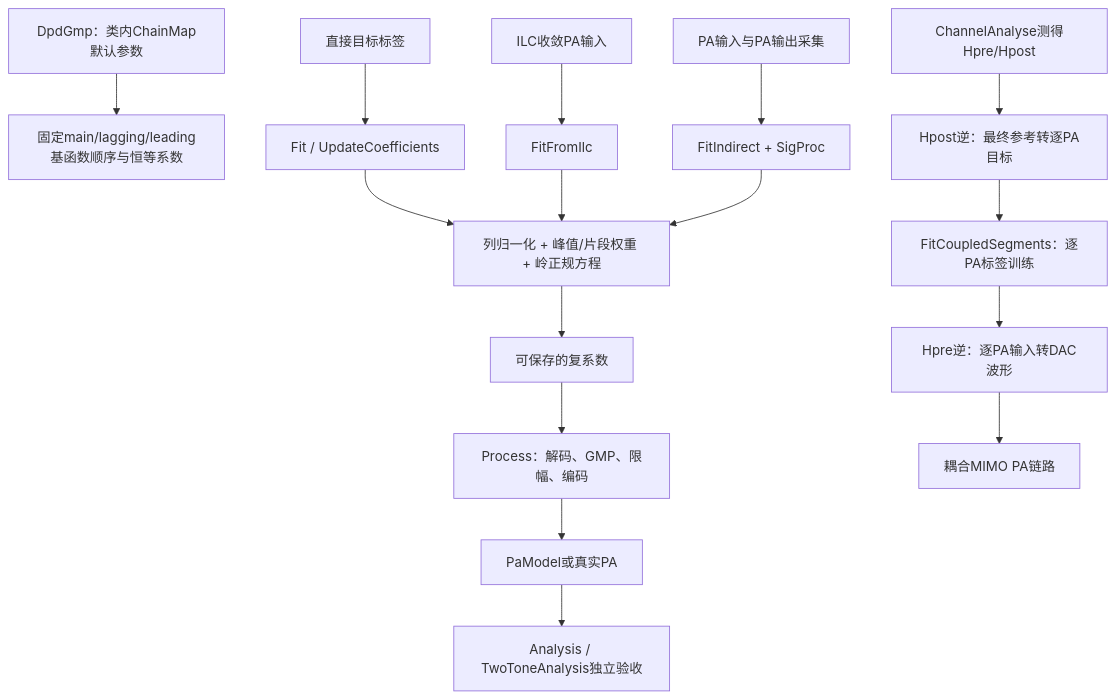
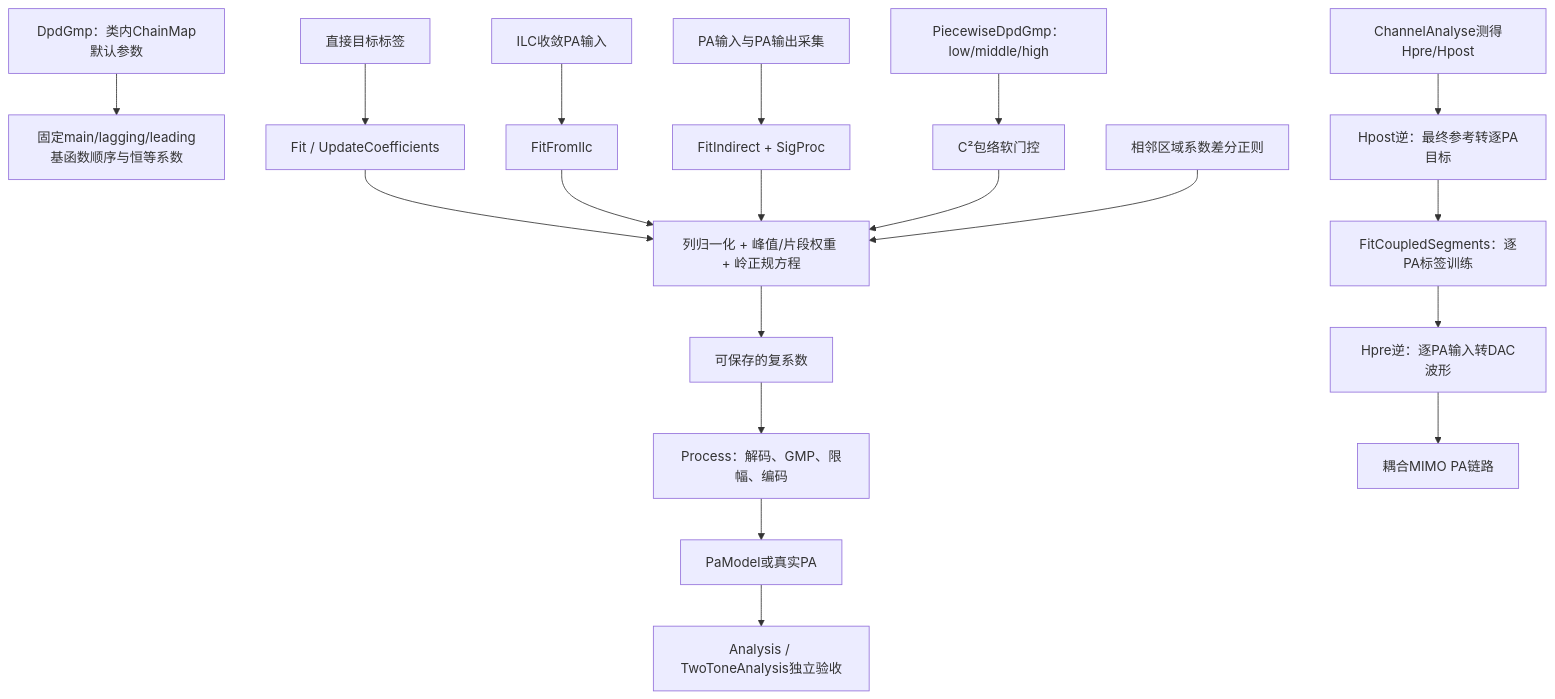
One commit to niyilu45/DPD_ILC changed diagram 15 of 20 in README.md. Above: the diagram before and after it, drawn with Mermaid. The commit also changed other lines of this file and 17 other files, not shown here.

Commit message:
Complete channel and piecewise GMP enhancements

````diff
--- a/README.md
+++ b/README.md
@@ -762,18 +774,21 @@
 ```mermaid
 flowchart TD
     config["DpdGmp：类内ChainMap默认参数"] --> identity["固定main/lagging/leading基函数顺序与恒等系数"]
     direct["直接目标标签"] --> fit["Fit / UpdateCoefficients"]
     ilc["ILC收敛PA输入"] --> fitIlc["FitFromIlc"]
     capture["PA输入与PA输出采集"] --> indirect["FitIndirect + SigProc"]
     fit --> solver["列归一化 + 峰值/片段权重 + 岭正规方程"]
     fitIlc --> solver
     indirect --> solver
+    piecewise["PiecewiseDpdGmp：low/middle/high"] --> gates["C²包络软门控"]
+    gates --> solver
+    smooth["相邻区域系数差分正则"] --> solver
     solver --> coefficients["可保存的复系数"]
     coefficients --> process["Process：解码、GMP、限幅、编码"]
     process --> pa["PaModel或真实PA"]
     pa --> independent["Analysis / TwoToneAnalysis独立验收"]
     channelMeasurement["ChannelAnalyse测得Hpre/Hpost"] --> postInverse["Hpost逆：最终参考转逐PA目标"]
     postInverse --> coupledFit["FitCoupledSegments：逐PA标签训练"]
     coupledFit --> preInverse["Hpre逆：逐PA输入转DAC波形"]
     preInverse --> coupledPlant["耦合MIMO PA链路"]
 ```
````
